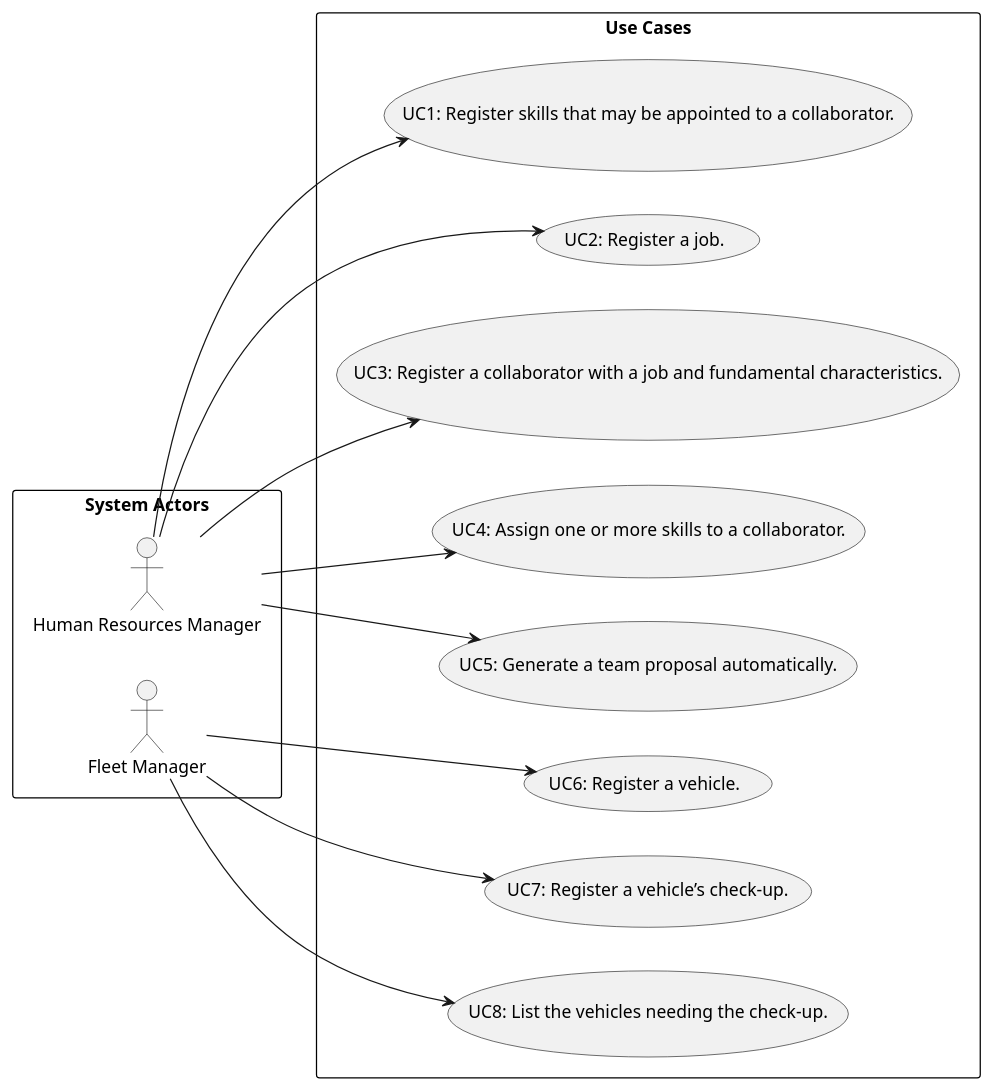
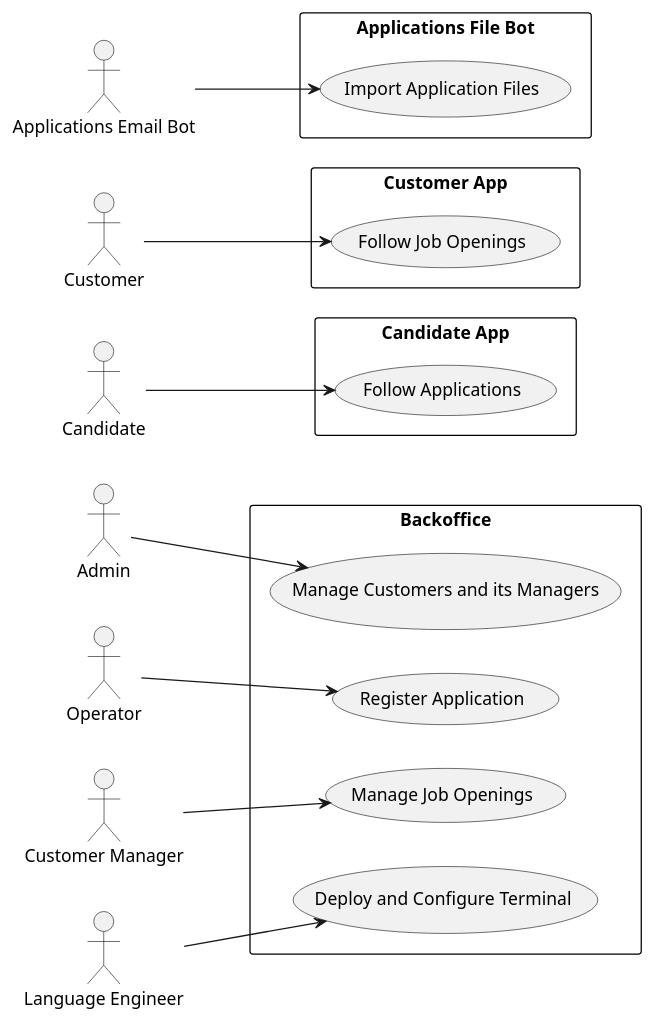
Before and after one commit to MiguelCardoso77/LAPR4: the diagram in docs/SprintB/global-artifacts/01.requirements-engineering/puml/use-case-diagram.puml, drawn with PlantUML. The commit also changed 25 other files, not shown here.

```diff
--- a/docs/SprintB/global-artifacts/01.requirements-engineering/puml/use-case-diagram.puml
+++ b/docs/SprintB/global-artifacts/01.requirements-engineering/puml/use-case-diagram.puml
@@ -1,47 +1,50 @@
 @startuml
 'skinparam monochrome true
 skinparam packageStyle rectangle
 'skinparam shadowing false
 
 skinparam rectangle{
     BorderColor black
 }
 
-'title Use Case Diagram Example
-
 left to right direction
 
-rectangle "System Actors" as actors {
-    actor "Human Resources Manager"
-    actor "Fleet Manager"
-    'actor "Organization\nEmployee" as Employee
+actor "Admin" as admin
+actor "Operator" as operator
+actor "Customer Manager" as customerManager
+actor "Language Engineer" as languageEngineer
+actor "Candidate" as candidate
+actor "Customer" as customer
+actor "Applications Email Bot" as applicationEmailBot
+
+rectangle "Backoffice" as backoffice {
+    usecase "Manage Customers and its Managers"
+    usecase "Register Application"
+    usecase "Manage Job Openings"
+    usecase "Deploy and Configure Terminal"
+
+    admin --> "Manage Customers and its Managers"
+    operator --> "Register Application"
+    customerManager --> "Manage Job Openings"
+    languageEngineer --> "Deploy and Configure Terminal"
 }
 
+rectangle "Candidate App" as candidateApp{
+    usecase "Follow Applications"
 
-'note right of User
-    'Actor identified but still
-    'no concrete use cases
-'end note
+    candidate --> "Follow Applications"
+}
 
-rectangle "Use Cases" as usecases{
-    usecase "UC1: Register skills that may be appointed to a collaborator." as UC1
-    usecase "UC2: Register a job." as UC2
-    usecase "UC3: Register a collaborator with a job and fundamental characteristics." as UC3
-    usecase "UC4: Assign one or more skills to a collaborator." as UC4
-    usecase "UC5: Generate a team proposal automatically." as UC5
-    usecase "UC6: Register a vehicle." as UC6
-    usecase "UC7: Register a vehicle’s check-up." as UC7
-    usecase "UC8: List the vehicles needing the check-up." as UC8
+rectangle "Customer App" as customerApp{
+    usecase "Follow Job Openings"
 
-    "Human Resources Manager" --> UC1
-    "Human Resources Manager" --> UC2
-    "Human Resources Manager" --> UC3
-    "Human Resources Manager" --> UC4
-    "Human Resources Manager" --> UC5
-    "Fleet Manager" --> UC6
-    "Fleet Manager" --> UC7
-    "Fleet Manager" --> UC8
+    customer --> "Follow Job Openings"
+}
 
+rectangle "Applications File Bot" as ApplicationsFileBotApp{
+    usecase "Import Application Files"
+
+    applicationEmailBot --> "Import Application Files"
 }
 
 @enduml
```
